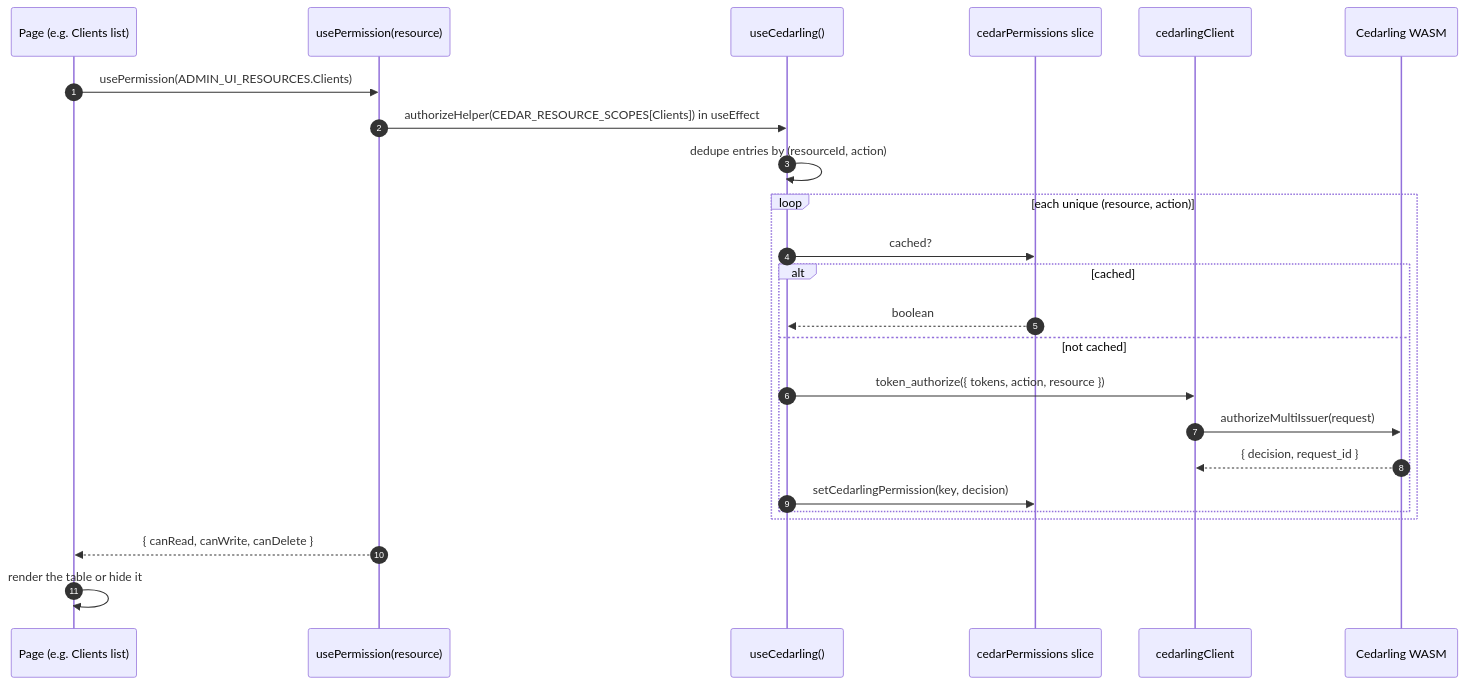
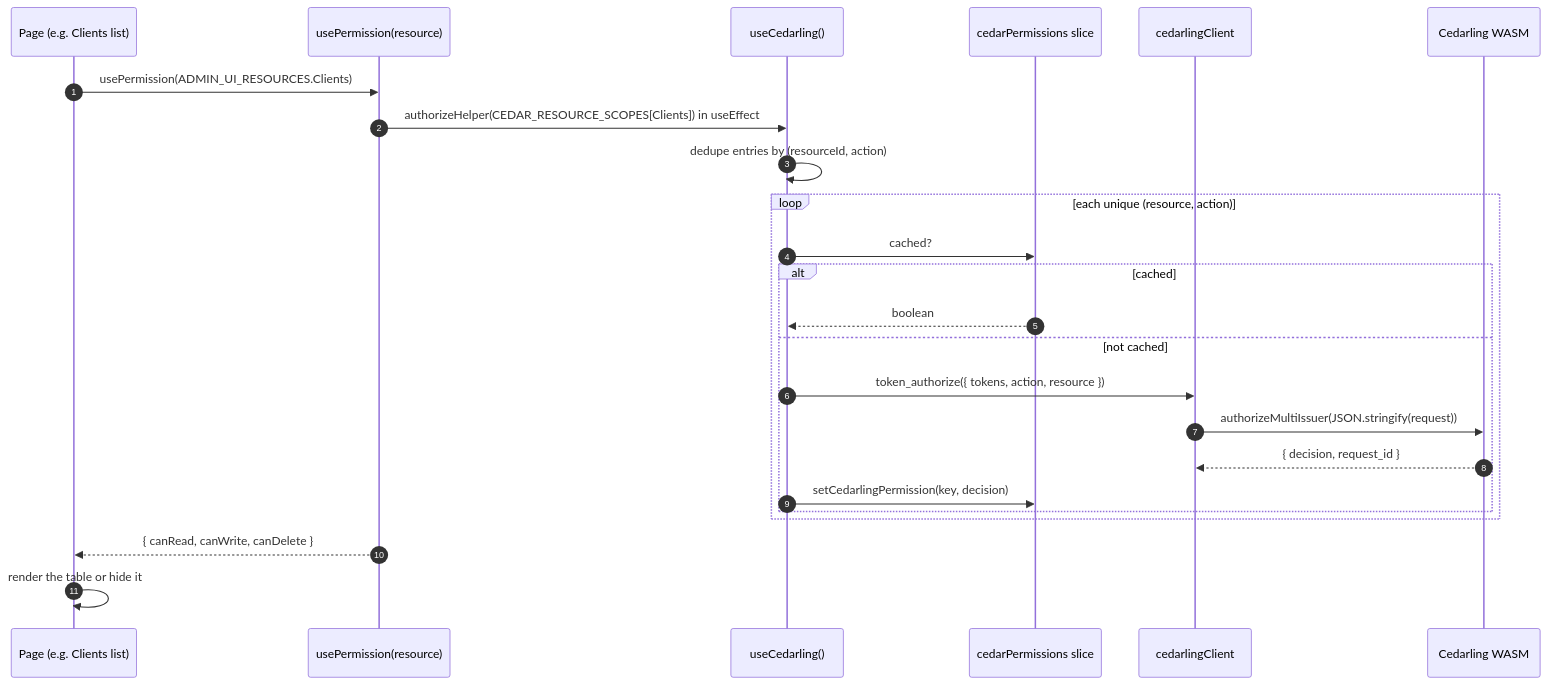
Before and after one commit to GluuFederation/flex: the second of 2 diagrams in admin-ui/docs/cedarling.md, drawn with Mermaid. The commit also changed other lines of this file and 4 other files, not shown here.

````diff
--- a/admin-ui/docs/cedarling.md
+++ b/admin-ui/docs/cedarling.md
@@ -46,27 +46,27 @@
 ```mermaid
 sequenceDiagram
     autonumber
     participant Page as Page (e.g. Clients list)
     participant Perm as usePermission(resource)
     participant Hook as useCedarling()
     participant Cache as cedarPermissions slice
     participant Client as cedarlingClient
     participant Wasm as Cedarling WASM
 
     Page->>Perm: usePermission(ADMIN_UI_RESOURCES.Clients)
     Perm->>Hook: authorizeHelper(CEDAR_RESOURCE_SCOPES[Clients]) in useEffect
     Hook->>Hook: dedupe entries by (resourceId, action)
     loop each unique (resource, action)
         Hook->>Cache: cached?
         alt cached
             Cache-->>Hook: boolean
         else not cached
             Hook->>Client: token_authorize({ tokens, action, resource })
-            Client->>Wasm: authorizeMultiIssuer(request)
+            Client->>Wasm: authorizeMultiIssuer(JSON.stringify(request))
             Wasm-->>Client: { decision, request_id }
             Hook->>Cache: setCedarlingPermission(key, decision)
         end
     end
     Perm-->>Page: { canRead, canWrite, canDelete }
     Page->>Page: render the table or hide it
 ```
````
